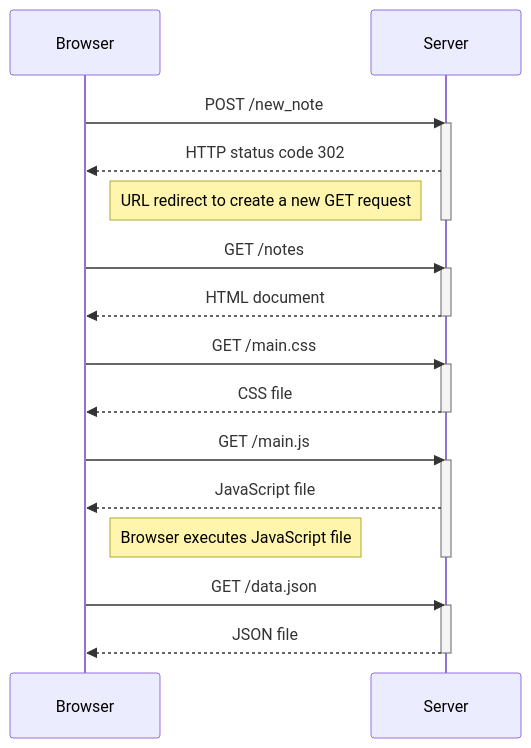
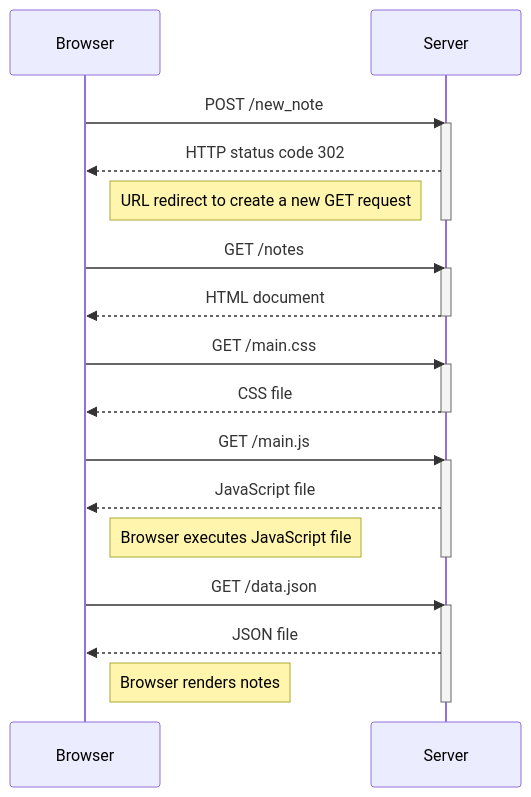
The diagram in part0/exercise0.4/diagram.md (nichlls/FullStackOpenSubmissions), drawn with Mermaid before and after one commit.

````diff
--- a/part0/exercise0.4/diagram.md
+++ b/part0/exercise0.4/diagram.md
@@ -1,29 +1,30 @@
 ```mermaid
     sequenceDiagram
     Browser->>Server: POST /new_note
     activate Server
     Server-->>Browser: HTTP status code 302
     Note right of Browser: URL redirect to create a new GET request
     deactivate Server
 
     Browser->>Server: GET /notes
     activate Server
     Server-->>Browser: HTML document
     deactivate Server
 
     Browser->>Server: GET /main.css
     activate Server
     Server-->>Browser: CSS file
     deactivate Server
 
     Browser->>Server: GET /main.js
     activate Server
     Server-->>Browser: JavaScript file
     Note right of Browser: Browser executes JavaScript file
     deactivate Server
 
     Browser->>Server: GET /data.json
     activate Server
     Server-->>Browser: JSON file
+    Note right of Browser: Browser renders notes
     deactivate Server
 ```
````
